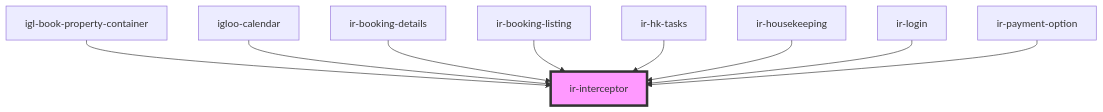
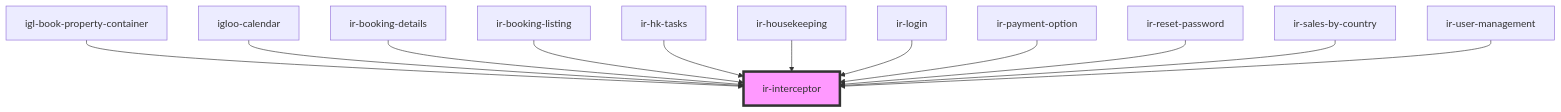
The diagram in src/components/ir-interceptor/readme.md (David1Chowaifaty/modified-ir-webcmp), drawn with Mermaid before and after one commit. The commit also changed other lines of this file and 46 other files, not shown here.

````diff
--- a/src/components/ir-interceptor/readme.md
+++ b/src/components/ir-interceptor/readme.md
@@ -36,12 +39,15 @@
 ```mermaid
 graph TD;
   igl-book-property-container --> ir-interceptor
   igloo-calendar --> ir-interceptor
   ir-booking-details --> ir-interceptor
   ir-booking-listing --> ir-interceptor
   ir-hk-tasks --> ir-interceptor
   ir-housekeeping --> ir-interceptor
   ir-login --> ir-interceptor
   ir-payment-option --> ir-interceptor
+  ir-reset-password --> ir-interceptor
+  ir-sales-by-country --> ir-interceptor
+  ir-user-management --> ir-interceptor
   style ir-interceptor fill:#f9f,stroke:#333,stroke-width:4px
 ```
````
